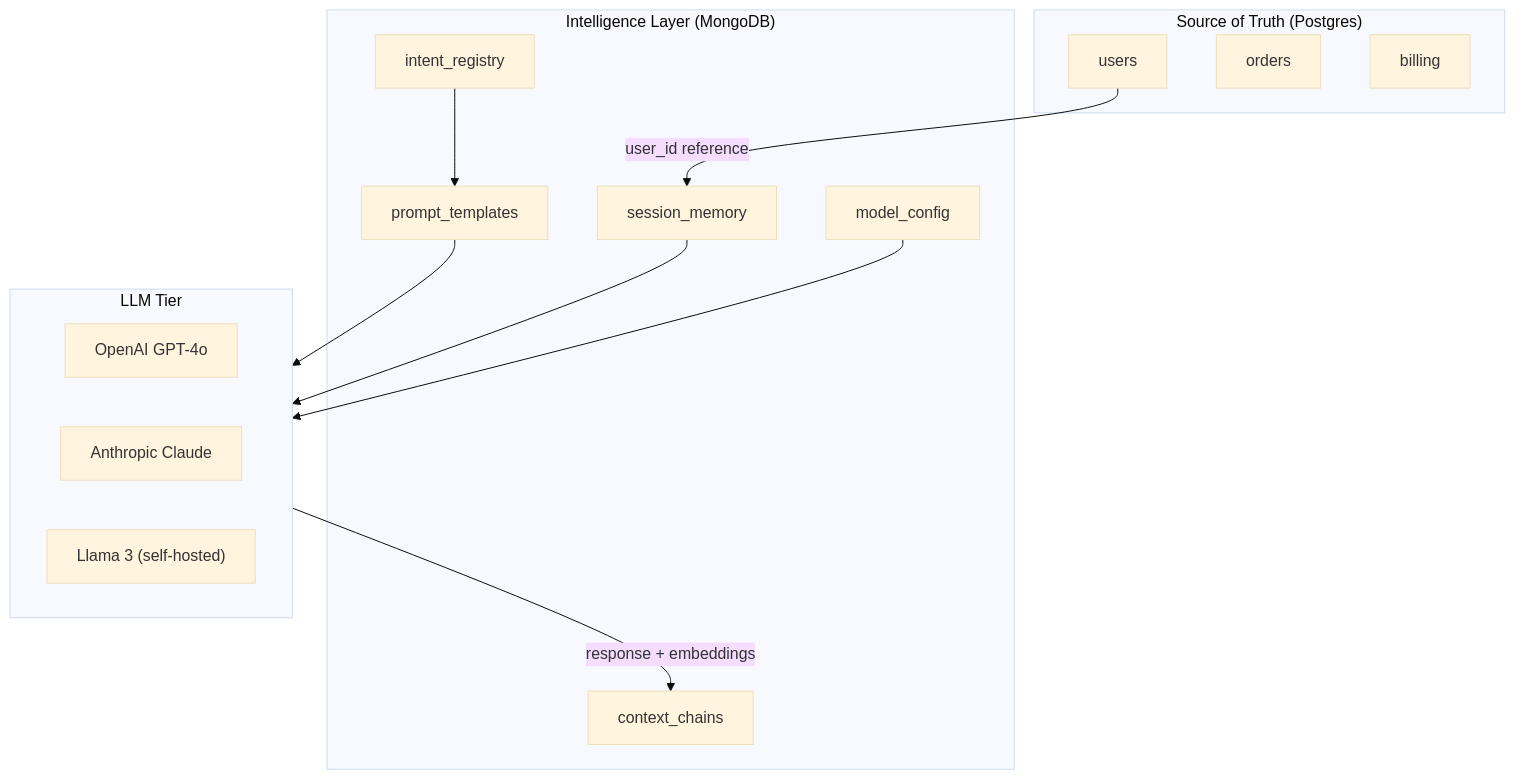
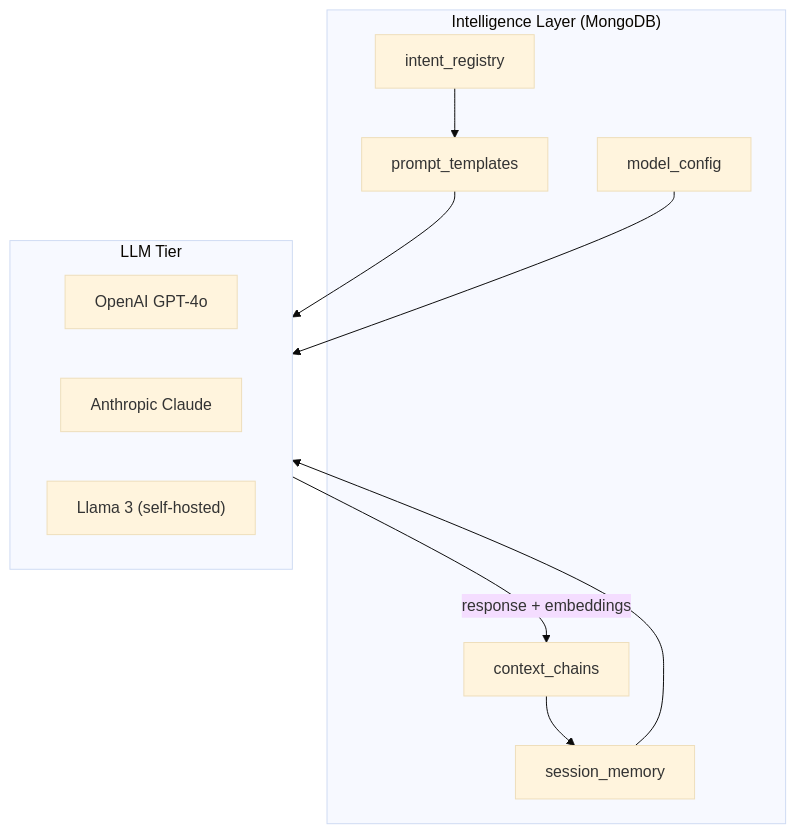
Before and after one commit to jgschmitz/MongoDB-4-AI: the first of 3 diagrams in README.md, drawn with Mermaid (base theme). The commit also changed other lines of this file, not shown here.

````diff
--- a/README.md
+++ b/README.md
@@ -31,29 +21,23 @@
 ```mermaid
 graph TD
-    subgraph Source_of_Truth["Source of Truth (Postgres)"]
-        PG_Users["users"]
-        PG_Orders["orders"]
-        PG_Billing["billing"]
-    end
-
     subgraph Intelligence_Layer["Intelligence Layer (MongoDB)"]
         M_Prompts["prompt_templates"]
         M_Memory["session_memory"]
         M_Intent["intent_registry"]
         M_Config["model_config"]
         M_Context["context_chains"]
     end
 
     subgraph LLM_Tier["LLM Tier"]
         GPT["OpenAI GPT-4o"]
         Claude["Anthropic Claude"]
         Llama["Llama 3 (self-hosted)"]
     end
 
-    PG_Users -->|user_id reference| M_Memory
     M_Prompts --> LLM_Tier
     M_Memory --> LLM_Tier
     M_Intent --> M_Prompts
     M_Config --> LLM_Tier
     LLM_Tier -->|response + embeddings| M_Context
+    M_Context --> M_Memory
 ```
````
